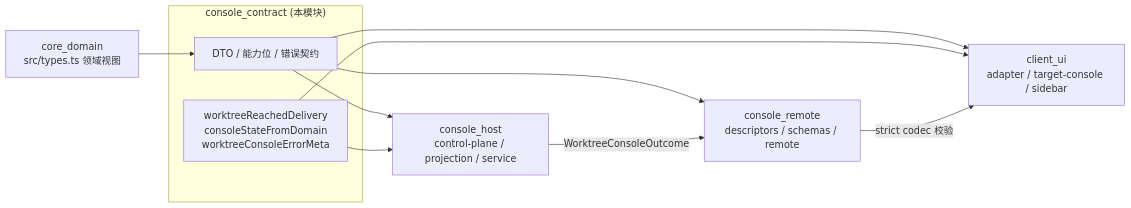
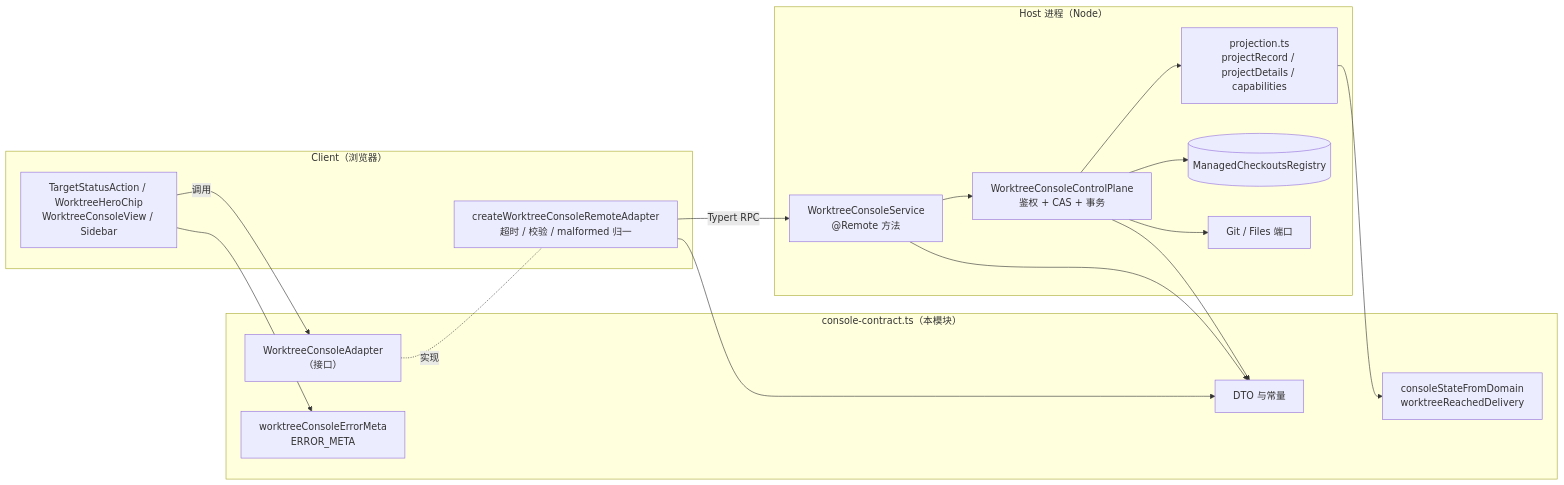
One commit to ikliml666/dsh-git-workspace changed the first of 6 diagrams in .codewiki/_native-state/docs/console_contract.md. Above: the diagram before and after it, drawn with Mermaid. The commit also changed other lines of this file and 117 other files, not shown here.

````diff
--- a/.codewiki/_native-state/docs/console_contract.md
+++ b/.codewiki/_native-state/docs/console_contract.md
@@ -19,20 +28,35 @@
 ```mermaid
 flowchart LR
-  subgraph Contract["console_contract (本模块)"]
-    DTO["DTO / 能力位 / 错误契约"]
-    Pure["worktreeReachedDelivery<br/>consoleStateFromDomain<br/>worktreeConsoleErrorMeta"]
+  subgraph Host["Host 进程（Node）"]
+    SVC["WorktreeConsoleService<br/>@Remote 方法"]
+    CP["WorktreeConsoleControlPlane<br/>鉴权 + CAS + 事务"]
+    PROJ["projection.ts<br/>projectRecord / projectDetails / capabilities"]
+    REG[("ManagedCheckoutsRegistry")]
+    GIT["Git / Files 端口"]
   end
-  Types["core_domain<br/>src/types.ts 领域视图"]
-  Host["console_host<br/>control-plane / projection / service"]
-  Remote["console_remote<br/>descriptors / schemas / remote"]
-  Client["client_ui<br/>adapter / target-console / sidebar"]
 
-  Types --> DTO
-  DTO --> Host
-  DTO --> Remote
-  DTO --> Client
-  Pure --> Host
-  Pure --> Client
-  Host -- "WorktreeConsoleOutcome" --> Remote
-  Remote -- "strict codec 校验" --> Client
+  subgraph Contract["console-contract.ts（本模块）"]
+    DTO["DTO 与常量"]
+    STATE["consoleStateFromDomain<br/>worktreeReachedDelivery"]
+    ERR["worktreeConsoleErrorMeta<br/>ERROR_META"]
+    ADP["WorktreeConsoleAdapter（接口）"]
+  end
+
+  subgraph Client["Client（浏览器）"]
+    RADP["createWorktreeConsoleRemoteAdapter<br/>超时 / 校验 / malformed 归一"]
+    UI["TargetStatusAction / WorktreeHeroChip<br/>WorktreeConsoleView / Sidebar"]
+  end
+
+  UI -->|调用| ADP
+  ADP -.实现.- RADP
+  RADP -->|Typert RPC| SVC
+  SVC --> CP
+  CP --> PROJ
+  CP --> REG
+  CP --> GIT
+  PROJ --> STATE
+  CP --> DTO
+  SVC --> DTO
+  UI --> ERR
+  RADP --> DTO
 ```
````
